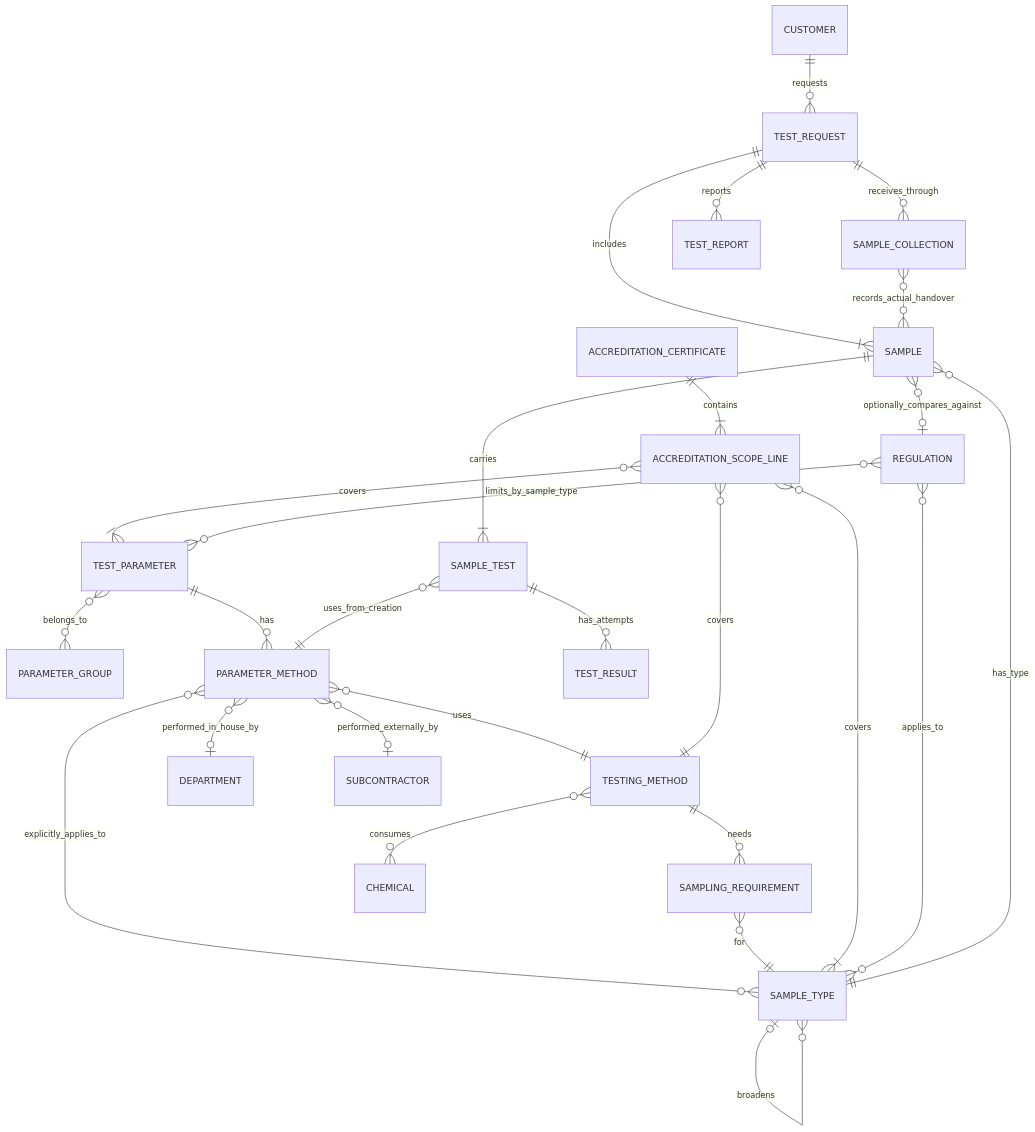
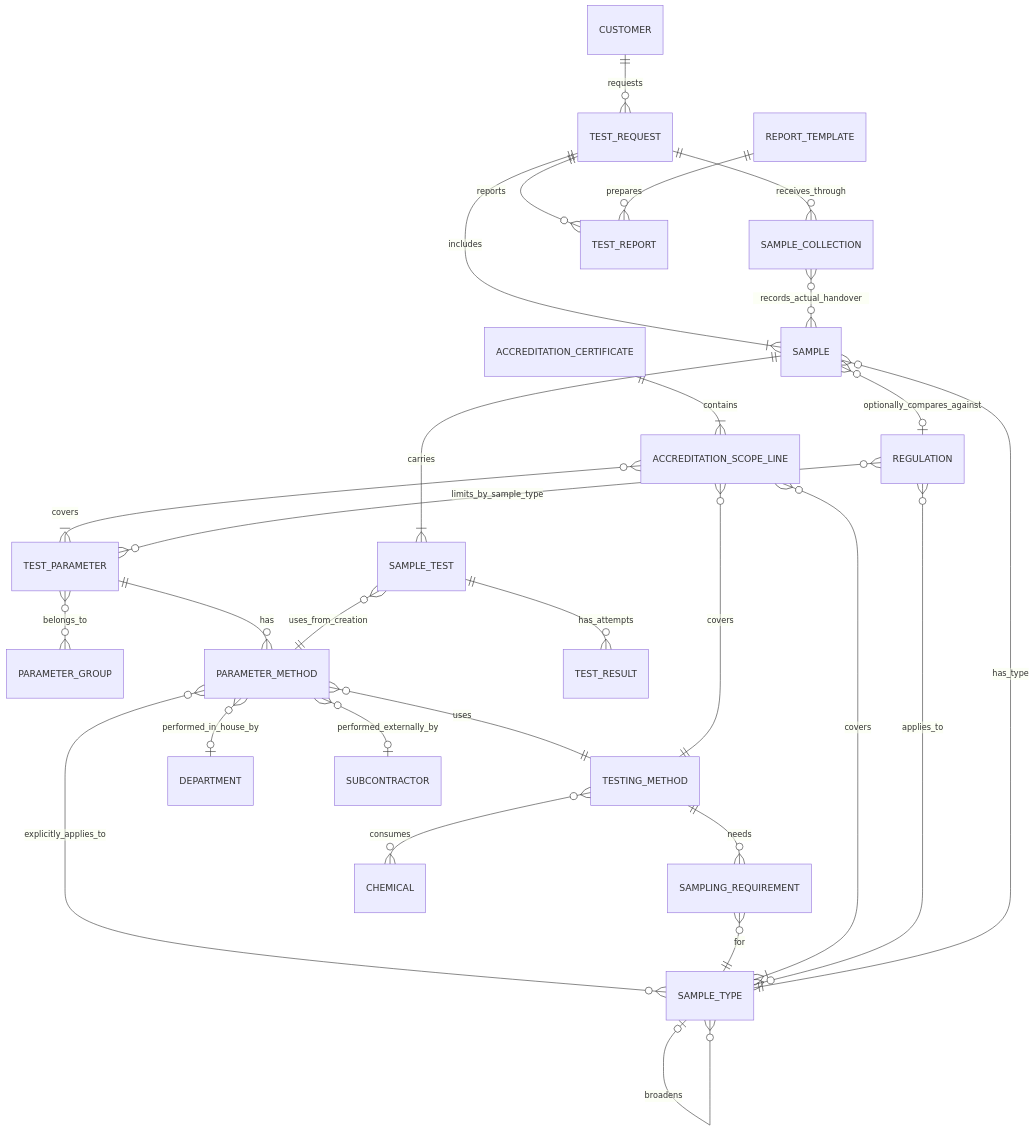
The first of 3 diagrams in docs/functional/conceptual-model.md (SoltuneMontepre/medilab), drawn with Mermaid before and after one commit. The commit also changed other lines of this file and 23 other files, not shown here.

````diff
--- a/docs/functional/conceptual-model.md
+++ b/docs/functional/conceptual-model.md
@@ -13,29 +13,30 @@
 ```mermaid
 erDiagram
     SAMPLE_TYPE o|--o{ SAMPLE_TYPE : broadens
     TEST_PARAMETER }o--o{ PARAMETER_GROUP : belongs_to
     TEST_PARAMETER ||--o{ PARAMETER_METHOD : has
     PARAMETER_METHOD }o--|| TESTING_METHOD : uses
     PARAMETER_METHOD }o--o| DEPARTMENT : performed_in_house_by
     PARAMETER_METHOD }o--o| SUBCONTRACTOR : performed_externally_by
     PARAMETER_METHOD }o--o{ SAMPLE_TYPE : explicitly_applies_to
     TESTING_METHOD ||--o{ SAMPLING_REQUIREMENT : needs
     SAMPLING_REQUIREMENT }o--|| SAMPLE_TYPE : for
     TESTING_METHOD }o--o{ CHEMICAL : consumes
     ACCREDITATION_CERTIFICATE ||--|{ ACCREDITATION_SCOPE_LINE : contains
     ACCREDITATION_SCOPE_LINE }o--|| TESTING_METHOD : covers
     ACCREDITATION_SCOPE_LINE }o--|{ TEST_PARAMETER : covers
     ACCREDITATION_SCOPE_LINE }o--|{ SAMPLE_TYPE : covers
     REGULATION }o--o{ SAMPLE_TYPE : applies_to
     REGULATION }o--o{ TEST_PARAMETER : limits_by_sample_type
     CUSTOMER ||--o{ TEST_REQUEST : requests
     TEST_REQUEST ||--|{ SAMPLE : includes
     TEST_REQUEST ||--o{ SAMPLE_COLLECTION : receives_through
     SAMPLE_COLLECTION }o--o{ SAMPLE : records_actual_handover
     SAMPLE }o--|| SAMPLE_TYPE : has_type
     SAMPLE }o--o| REGULATION : optionally_compares_against
     SAMPLE ||--|{ SAMPLE_TEST : carries
     SAMPLE_TEST }o--|| PARAMETER_METHOD : uses_from_creation
     SAMPLE_TEST ||--o{ TEST_RESULT : has_attempts
     TEST_REQUEST ||--o{ TEST_REPORT : reports
+    REPORT_TEMPLATE ||--o{ TEST_REPORT : prepares
 ```
````
